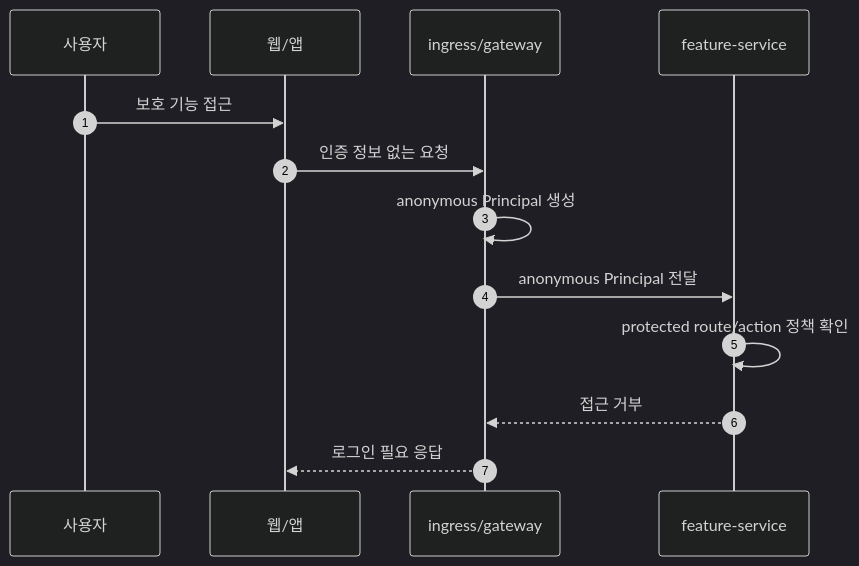
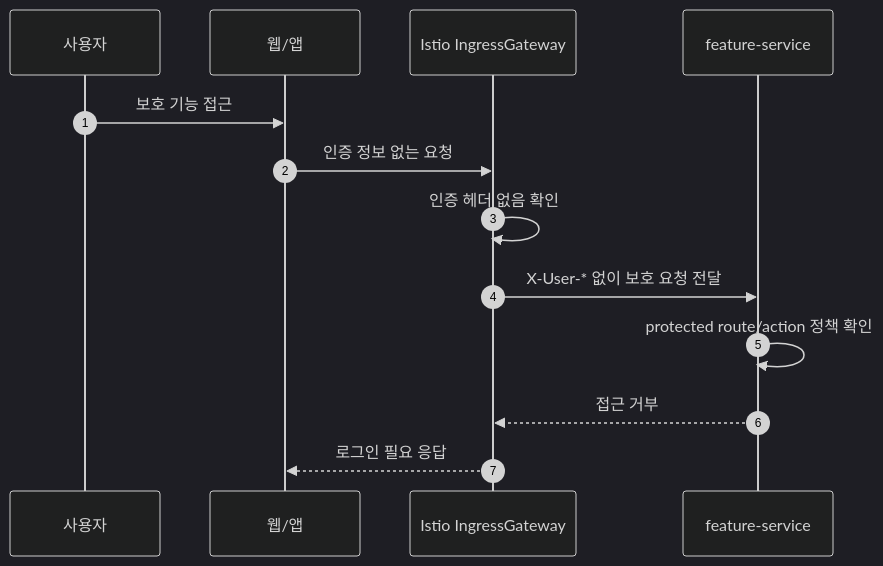
Before and after one commit to Medikong/archive: diagram 15 of 15 in features/auth-user/01-scenarios.md, drawn with Mermaid (dark theme). The commit also changed other lines of this file and 5 other files, not shown here.

````diff
--- a/features/auth-user/01-scenarios.md
+++ b/features/auth-user/01-scenarios.md
@@ -557,16 +639,16 @@
 ```mermaid
 sequenceDiagram
     autonumber
     participant U as 사용자
     participant FE as 웹/앱
-    participant GW as ingress/gateway
+    participant GW as Istio IngressGateway
     participant SVC as feature-service
 
     U->>FE: 보호 기능 접근
     FE->>GW: 인증 정보 없는 요청
-    GW->>GW: anonymous Principal 생성
-    GW->>SVC: anonymous Principal 전달
+    GW->>GW: 인증 헤더 없음 확인
+    GW->>SVC: X-User-* 없이 보호 요청 전달
     SVC->>SVC: protected route/action 정책 확인
     SVC-->>GW: 접근 거부
     GW-->>FE: 로그인 필요 응답
 ```
````
